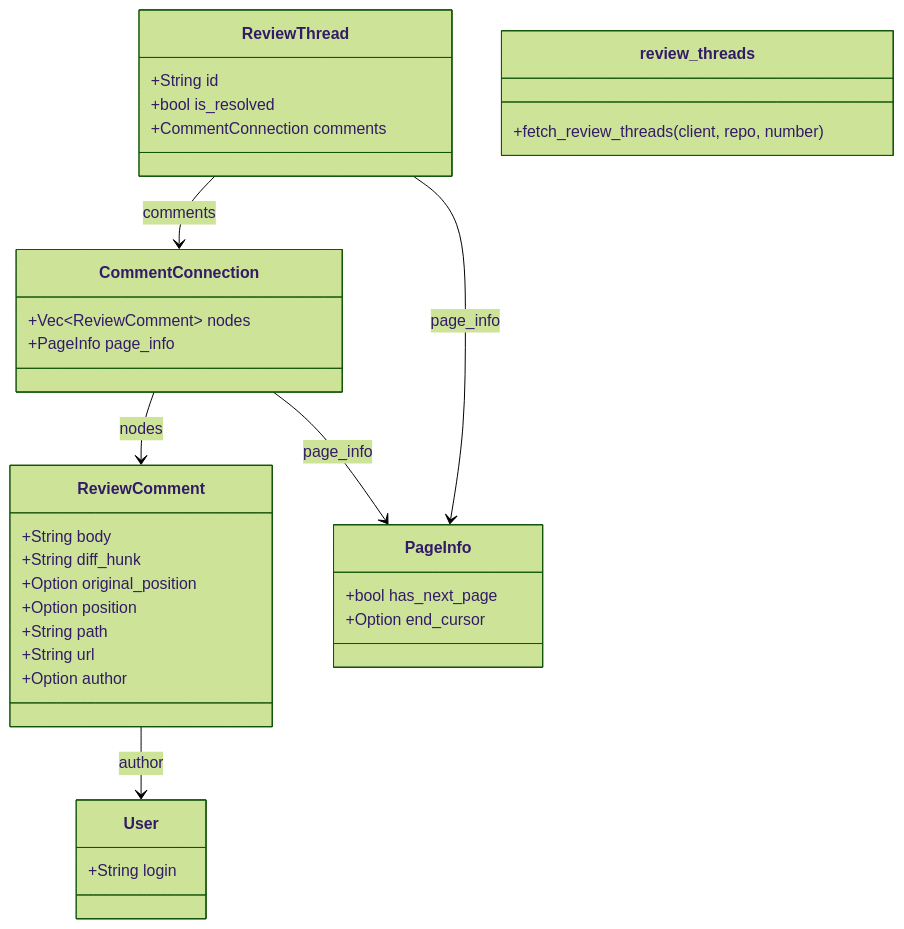
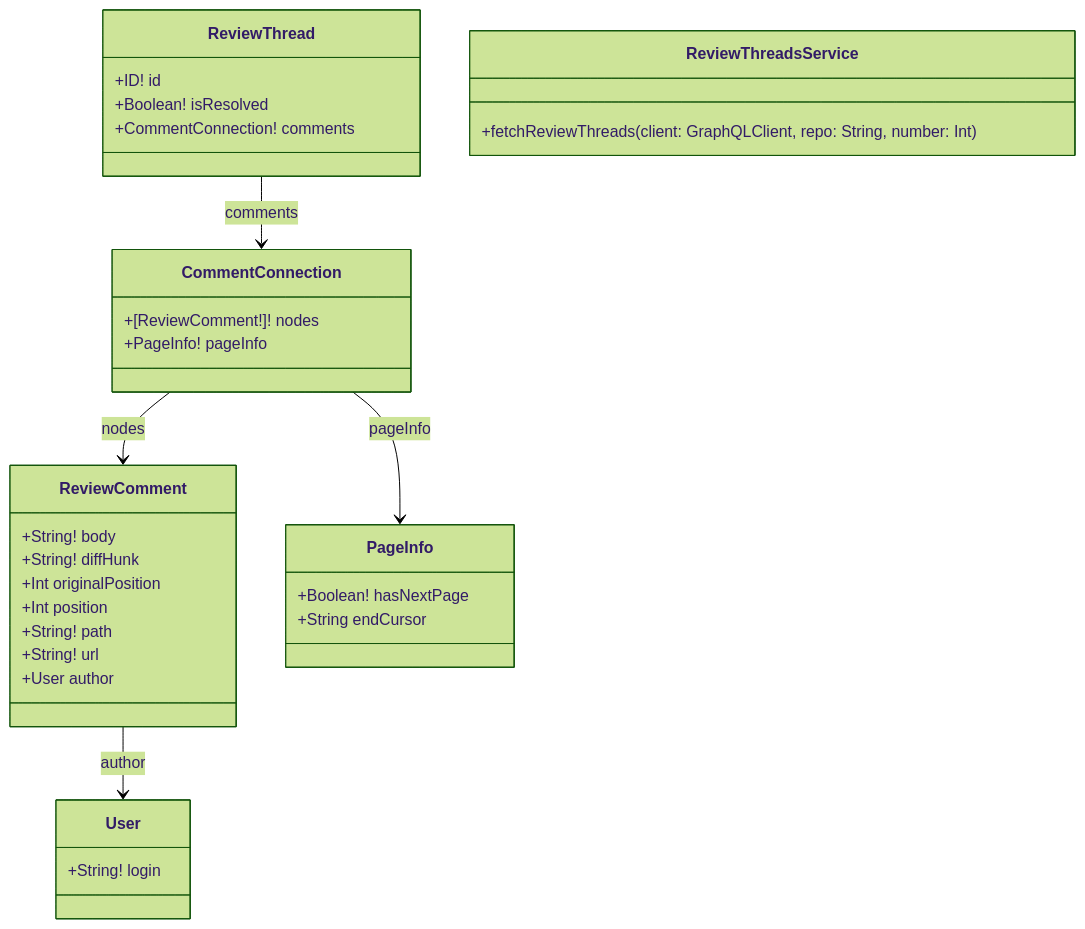
One commit to leynos/vk changed the second of 3 diagrams in docs/vk-design.md. Above: the diagram before and after it, drawn with Mermaid (forest theme).

Commit message:
Align class diagram with GraphQL schema

````diff
--- a/docs/vk-design.md
+++ b/docs/vk-design.md
@@ -88,37 +88,36 @@
 ```mermaid
 classDiagram
     class ReviewThread {
-        +String id
-        +bool is_resolved
-        +CommentConnection comments
+        +ID! id
+        +Boolean! isResolved
+        +CommentConnection! comments
     }
     class CommentConnection {
-        +Vec~ReviewComment~ nodes
-        +PageInfo page_info
+        +[ReviewComment!]! nodes
+        +PageInfo! pageInfo
     }
     class ReviewComment {
-        +String body
-        +String diff_hunk
-        +Option<i32> original_position
-        +Option<i32> position
-        +String path
-        +String url
-        +Option<User> author
+        +String! body
+        +String! diffHunk
+        +Int originalPosition
+        +Int position
+        +String! path
+        +String! url
+        +User author
     }
     class PageInfo {
-        +bool has_next_page
-        +Option<String> end_cursor
+        +Boolean! hasNextPage
+        +String endCursor
     }
     class User {
-        +String login
+        +String! login
     }
     ReviewThread --> CommentConnection : comments
     CommentConnection --> ReviewComment : nodes
     ReviewComment --> User : author
-    ReviewThread --> PageInfo : page_info
-    CommentConnection --> PageInfo : page_info
+    CommentConnection --> PageInfo : pageInfo
 
-    class review_threads {
-        +fetch_review_threads(client, repo, number)
+    class ReviewThreadsService {
+        +fetchReviewThreads(client: GraphQLClient, repo: String, number: Int)
     }
 ```
````
